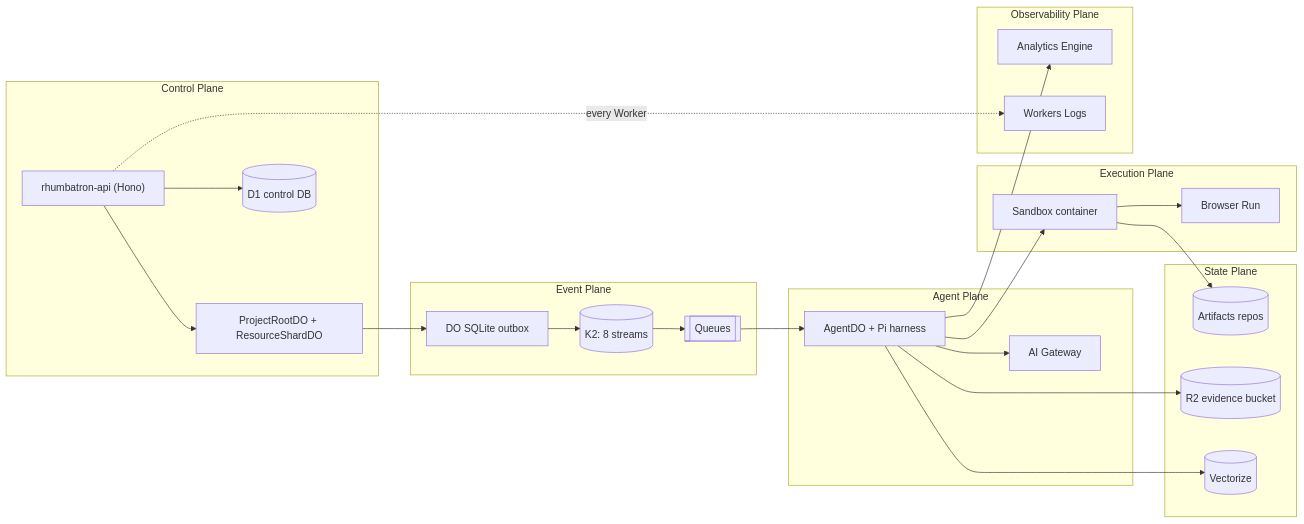
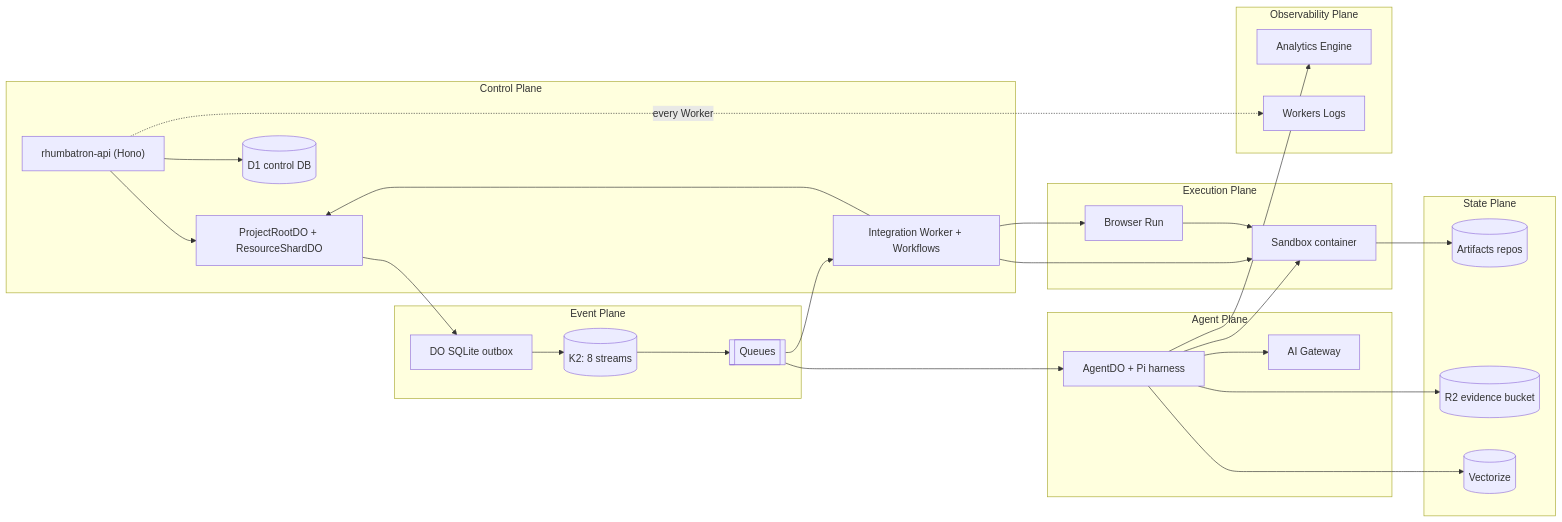
One commit to nsudhanva/rhumbatron changed the first of 4 diagrams in docs/architecture/README.md. Above: the diagram before and after it, drawn with Mermaid. The commit also changed other lines of this file and 47 other files, not shown here.

````diff
--- a/docs/architecture/README.md
+++ b/docs/architecture/README.md
@@ -29,39 +28,44 @@
 ```mermaid
 flowchart LR
   subgraph Control["Control Plane"]
     API["rhumbatron-api (Hono)"]
     ROOT["ProjectRootDO + ResourceShardDO"]
+    INT["Integration Worker + Workflows"]
     D1[("D1 control DB")]
   end
   subgraph Event["Event Plane"]
     OUTBOX["DO SQLite outbox"]
     K2[("K2: 8 streams")]
     Q[["Queues"]]
   end
   subgraph Agent["Agent Plane"]
     AGENT["AgentDO + Pi harness"]
     GW["AI Gateway"]
   end
   subgraph Exec["Execution Plane"]
     SBX["Sandbox container"]
     BR["Browser Run"]
   end
   subgraph State["State Plane"]
     ART[("Artifacts repos")]
     R2[("R2 evidence bucket")]
     VEC[("Vectorize")]
   end
   subgraph Obs["Observability Plane"]
     AE["Analytics Engine"]
     LOGS["Workers Logs"]
   end
-  API --> ROOT --> OUTBOX --> K2 --> Q --> AGENT
+  API --> ROOT --> OUTBOX --> K2 --> Q
+  Q --> AGENT
+  Q --> INT
+  INT --> ROOT
   AGENT --> GW
   AGENT --> SBX --> ART
+  INT --> SBX
+  INT --> BR --> SBX
   AGENT --> R2
   AGENT --> VEC
-  SBX --> BR
   AGENT --> AE
   API --> D1
   API -.->|"every Worker"| LOGS
 ```
````
